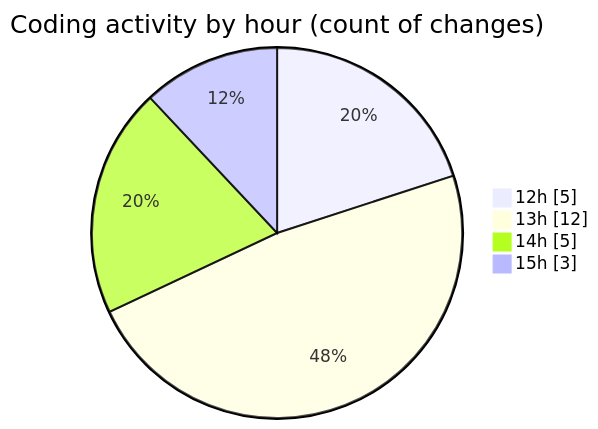
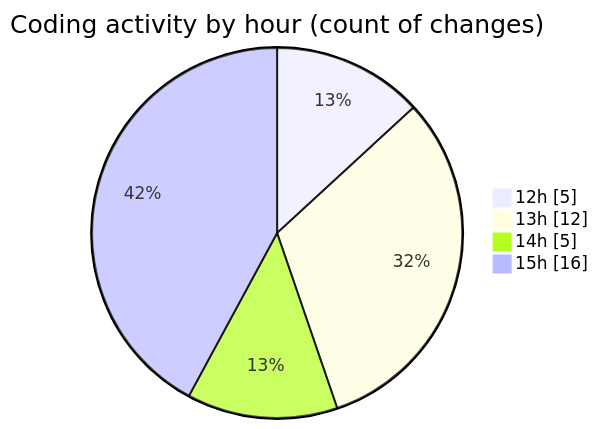
One commit to nxtqubesakshisongat/code-tracking changed the second of 2 diagrams in 2026-04-17/airfeed-analytics-dashboard/README.md. Above: the diagram before and after it, drawn with Mermaid. The commit also changed other lines of this file and 1 other file, not shown here.

````diff
--- a/2026-04-17/airfeed-analytics-dashboard/README.md
+++ b/2026-04-17/airfeed-analytics-dashboard/README.md
@@ -33,8 +34,8 @@
 ```mermaid
 pie showData
 title Coding activity by hour (count of changes)
 "12h" : 5
 "13h" : 12
 "14h" : 5
-"15h" : 3
+"15h" : 16
 ```
````
